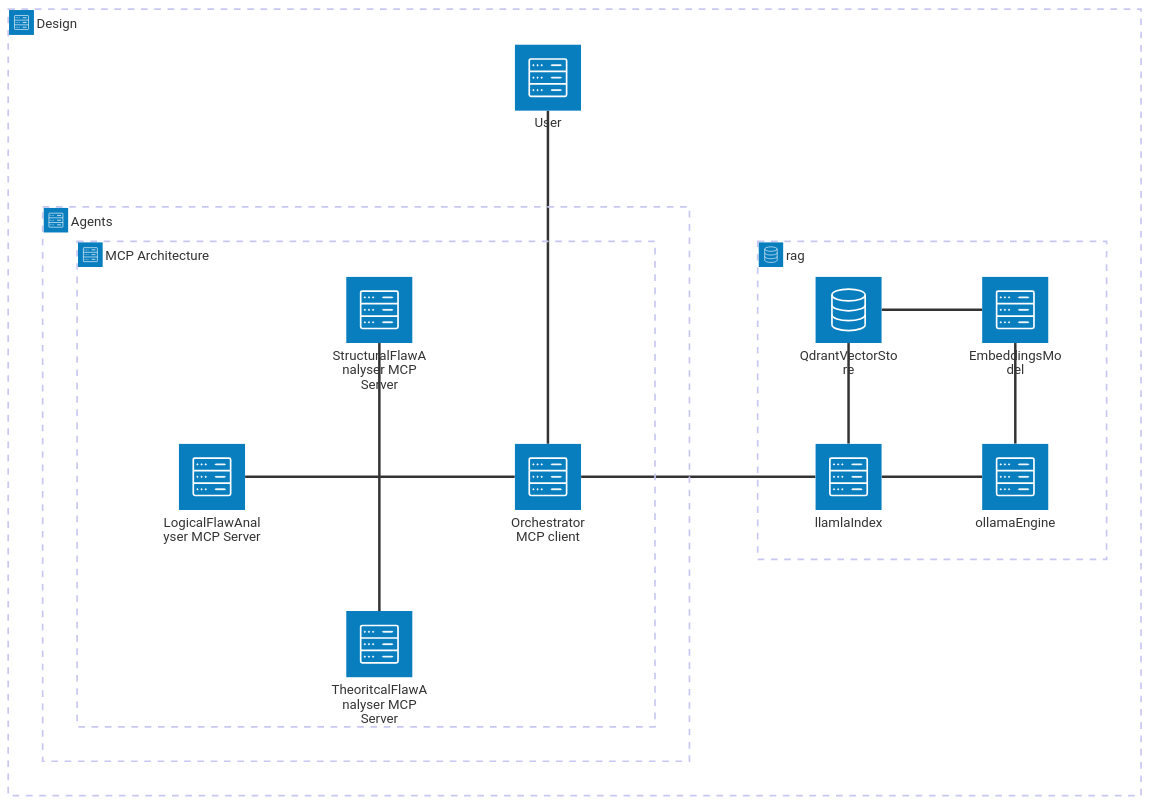
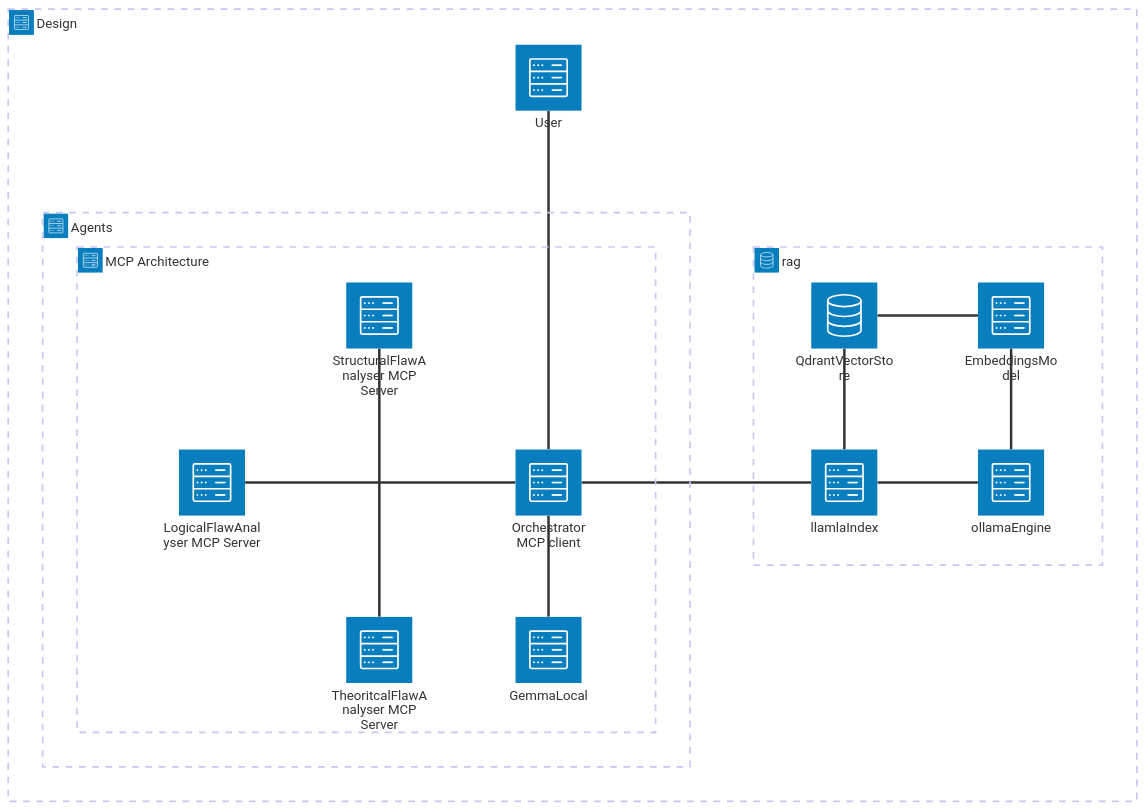
One commit to yankeygilbert/FLaap changed the diagram in README.md. Above: the diagram before and after it, drawn with Mermaid.

Commit message:
updated architecture: added gemma Local service

````diff
--- a/README.md
+++ b/README.md
@@ -19,34 +19,36 @@
 ```mermaid
 
 architecture-beta
 
     group Architecture(server)[Design]
         service user(server)[User] in Architecture
         group ragArch(database)[rag] in Architecture
             service llama(server)[llamlaIndex] in ragArch
             service ollama(server)[ollamaEngine] in ragArch
             service qdrant(database)[QdrantVectorStore] in ragArch
             service Model(server)[EmbeddingsModel] in ragArch
 
             ollama:L -- R:llama 
             llama:T -- B:qdrant
             ollama:T -- B:Model
             qdrant:R -- L:Model
 
         group tools(server)[Agents] in Architecture
 
             group MCP(server)[MCP Architecture] in tools
                 service Struct(server)[StructuralFlawAnalyser MCP Server] in MCP
                 service logic(server)[LogicalFlawAnalyser MCP Server] in MCP
                 service  Hypo(server)[TheoritcalFlawAnalyser MCP Server] in MCP 
                 service Coordinator(server)[Orchestrator MCP client] in MCP
+                service gemma(server)[GemmaLocal] in MCP
                 junction junctionCenter in MCP
 
                 Coordinator:L -- R:junctionCenter
                 Struct:B -- T:junctionCenter
                 logic:R -- L:junctionCenter
+                Coordinator:B -- T:gemma
                 Hypo:T -- B:junctionCenter
 
         user:B -- T:Coordinator
         Coordinator:R -- L:llama
 ```
````
